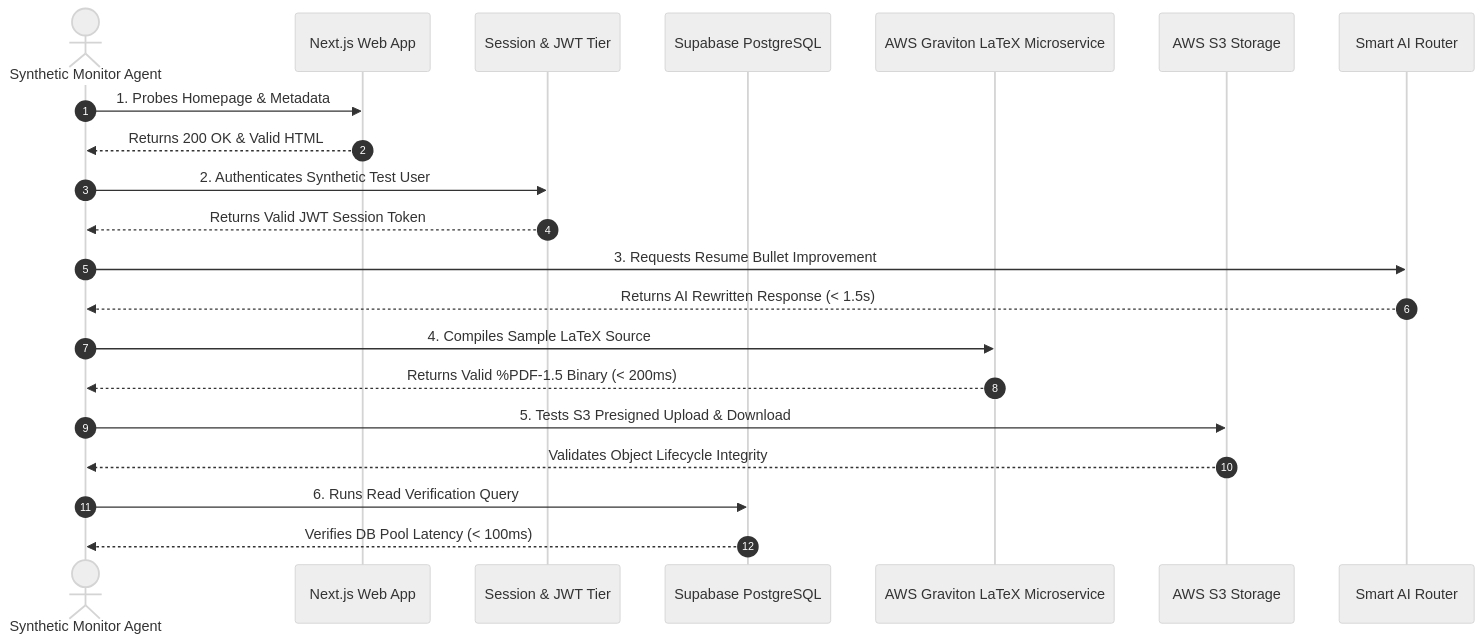
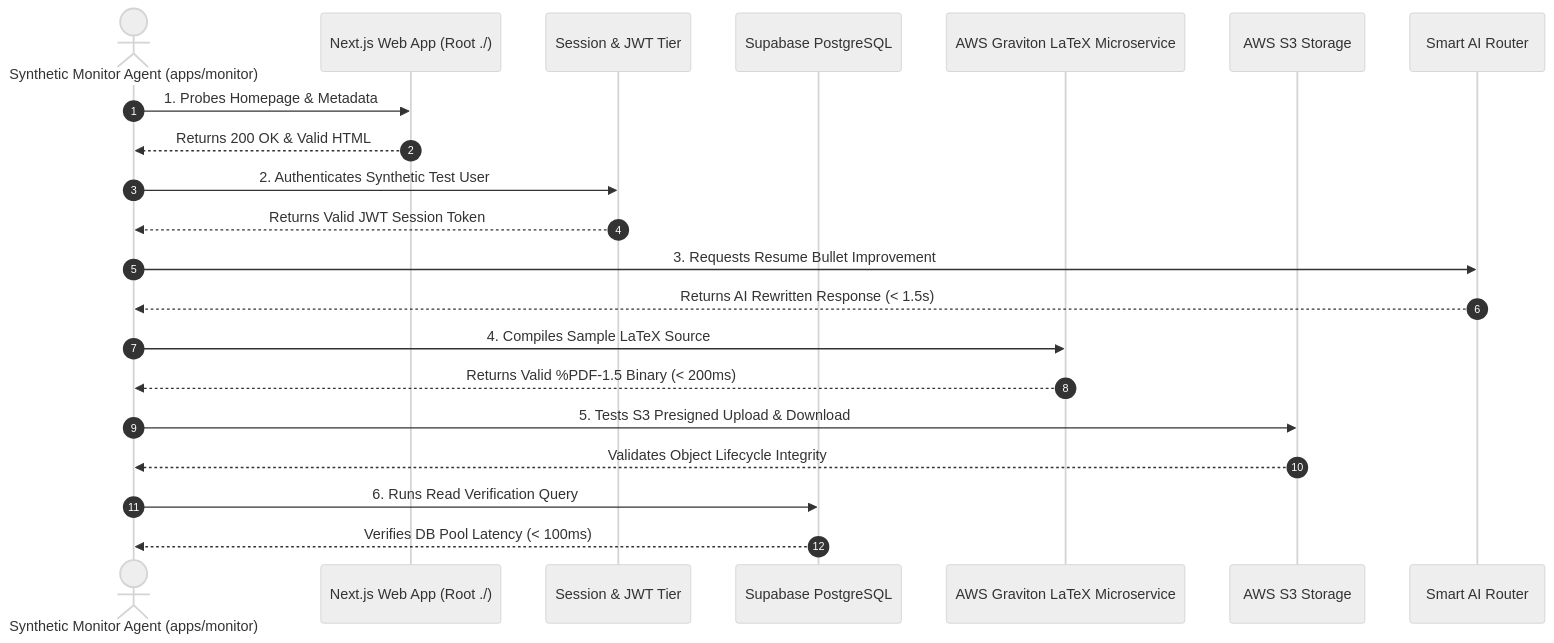
One commit to Rajeevkavala/Resume-Buddy_v3 changed the fourth of 4 diagrams in docs/MONITORING_ARCHITECTURE_PLAN.md. Above: the diagram before and after it, drawn with Mermaid (neutral theme). The commit also changed other lines of this file, not shown here.

Commit message:
docs: specify standalone apps/monitor application architecture and independent Vercel deployment model

````diff
--- a/docs/MONITORING_ARCHITECTURE_PLAN.md
+++ b/docs/MONITORING_ARCHITECTURE_PLAN.md
@@ -419,24 +421,24 @@
 ```mermaid
 sequenceDiagram
     autonumber
-    actor SyntheticBot as Synthetic Monitor Agent
-    participant Web as Next.js Web App
+    actor SyntheticBot as Synthetic Monitor Agent (apps/monitor)
+    participant Web as Next.js Web App (Root ./)
     participant Auth as Session & JWT Tier
     participant DB as Supabase PostgreSQL
     participant LaTeX as AWS Graviton LaTeX Microservice
     participant S3 as AWS S3 Storage
     participant AI as Smart AI Router
 
     SyntheticBot->>Web: 1. Probes Homepage & Metadata
     Web-->>SyntheticBot: Returns 200 OK & Valid HTML
     SyntheticBot->>Auth: 2. Authenticates Synthetic Test User
     Auth-->>SyntheticBot: Returns Valid JWT Session Token
     SyntheticBot->>AI: 3. Requests Resume Bullet Improvement
     AI-->>SyntheticBot: Returns AI Rewritten Response (< 1.5s)
     SyntheticBot->>LaTeX: 4. Compiles Sample LaTeX Source
     LaTeX-->>SyntheticBot: Returns Valid %PDF-1.5 Binary (< 200ms)
     SyntheticBot->>S3: 5. Tests S3 Presigned Upload & Download
     S3-->>SyntheticBot: Validates Object Lifecycle Integrity
     SyntheticBot->>DB: 6. Runs Read Verification Query
     DB-->>SyntheticBot: Verifies DB Pool Latency (< 100ms)
 ```
````
